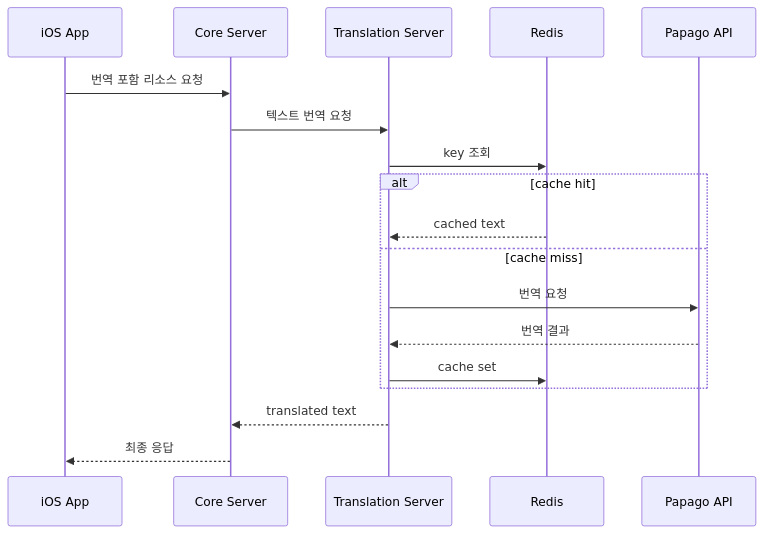
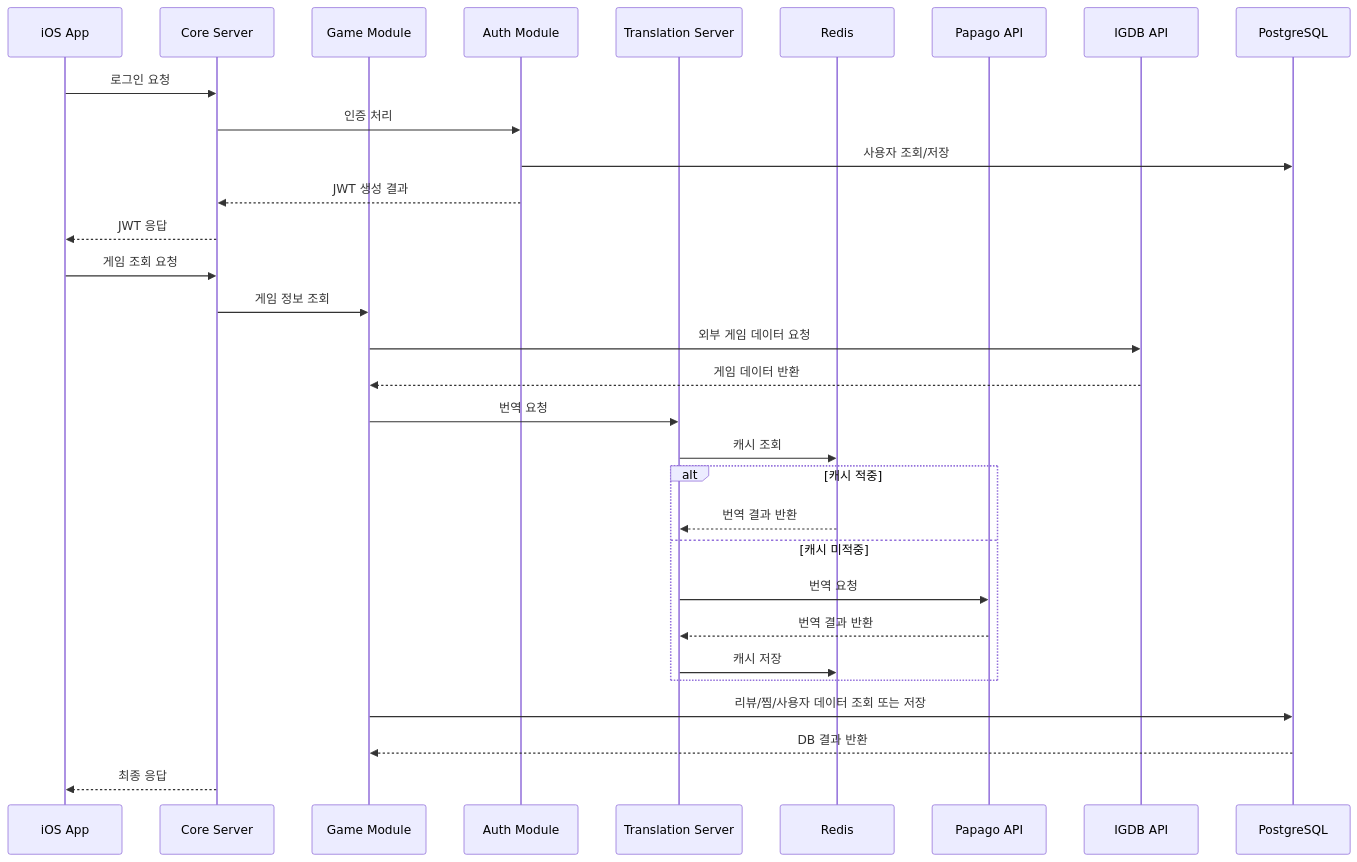
The third of 3 diagrams in docs/04-server/server-architecture.md (HwangSeokBeom/GamePediaDocs), drawn with Mermaid before and after one commit. The commit also changed other lines of this file and 8 other files, not shown here.

Commit message:
Update architecture docs and add branch strategy

````diff
--- a/docs/04-server/server-architecture.md
+++ b/docs/04-server/server-architecture.md
@@ -116,21 +126,35 @@
 ```mermaid
 sequenceDiagram
     participant App as iOS App
     participant Core as Core Server
-    participant Translation as Translation Server
+    participant Game as Game Module
+    participant Auth as Auth Module
+    participant TS as Translation Server
     participant Redis as Redis
     participant Papago as Papago API
+    participant IGDB as IGDB API
+    participant PG as PostgreSQL
 
-    App->>Core: 번역 포함 리소스 요청
-    Core->>Translation: 텍스트 번역 요청
-    Translation->>Redis: key 조회
-    alt cache hit
-        Redis-->>Translation: cached text
-    else cache miss
-        Translation->>Papago: 번역 요청
-        Papago-->>Translation: 번역 결과
-        Translation->>Redis: cache set
+    App->>Core: 로그인 요청
+    Core->>Auth: 인증 처리
+    Auth->>PG: 사용자 조회/저장
+    Auth-->>Core: JWT 생성 결과
+    Core-->>App: JWT 응답
+
+    App->>Core: 게임 조회 요청
+    Core->>Game: 게임 정보 조회
+    Game->>IGDB: 외부 게임 데이터 요청
+    IGDB-->>Game: 게임 데이터 반환
+    Game->>TS: 번역 요청
+    TS->>Redis: 캐시 조회
+    alt 캐시 적중
+        Redis-->>TS: 번역 결과 반환
+    else 캐시 미적중
+        TS->>Papago: 번역 요청
+        Papago-->>TS: 번역 결과 반환
+        TS->>Redis: 캐시 저장
     end
-    Translation-->>Core: translated text
+    Game->>PG: 리뷰/찜/사용자 데이터 조회 또는 저장
+    PG-->>Game: DB 결과 반환
     Core-->>App: 최종 응답
 ```
````
